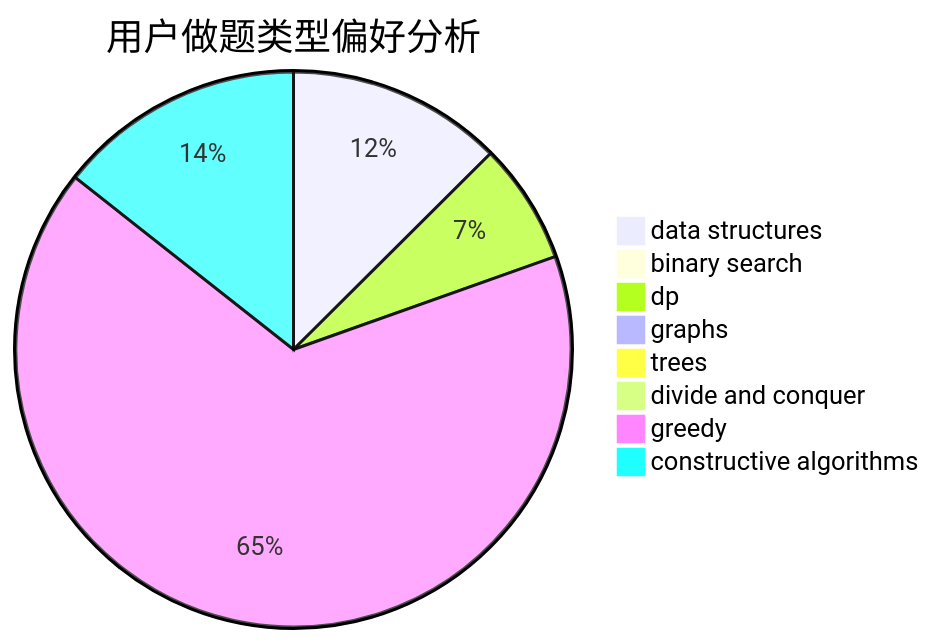
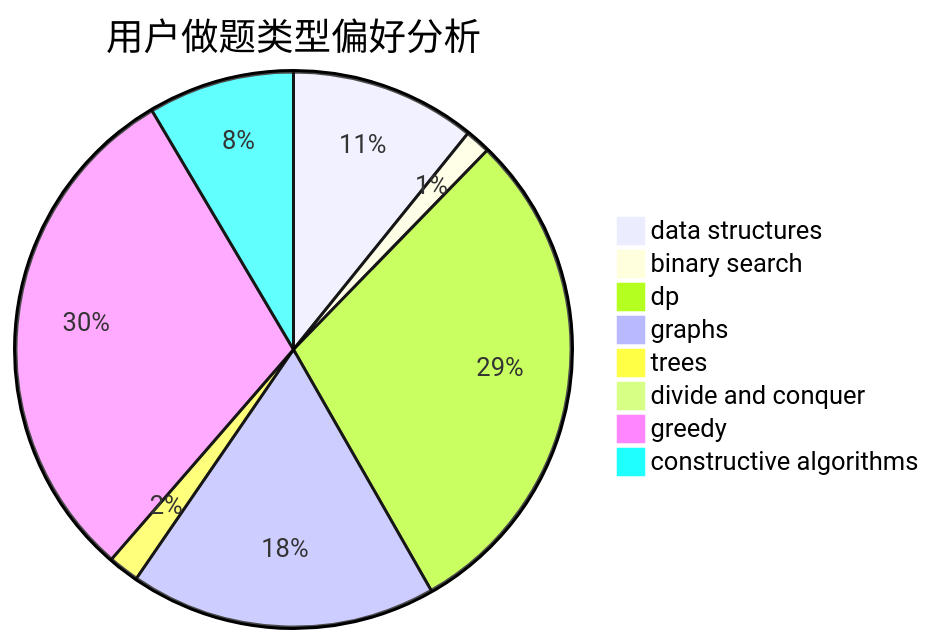
The second of 3 diagrams in docs/user/u1305.md (sherpahu/cfrs.github.io), drawn with Mermaid before and after one commit. The commit also changed other lines of this file and 2770 other files, not shown here.

````diff
--- a/docs/user/u1305.md
+++ b/docs/user/u1305.md
@@ -23,11 +23,11 @@
 ```mermaid
 pie title 用户做题类型偏好分析
-    "data structures" :  41
-    "binary search" :  2
-    "dp" :  23
-    "graphs" :  3
-    "trees" :  0
-    "divide and conquer" :  0
-    "greedy" :  216
-    "constructive algorithms" :  47
+    "data structures" :  66
+    "binary search" :  9
+    "dp" :  180
+    "graphs" :  109
+    "trees" :  11
+    "divide and conquer" :  1
+    "greedy" :  184
+    "constructive algorithms" :  52
 ```
````
